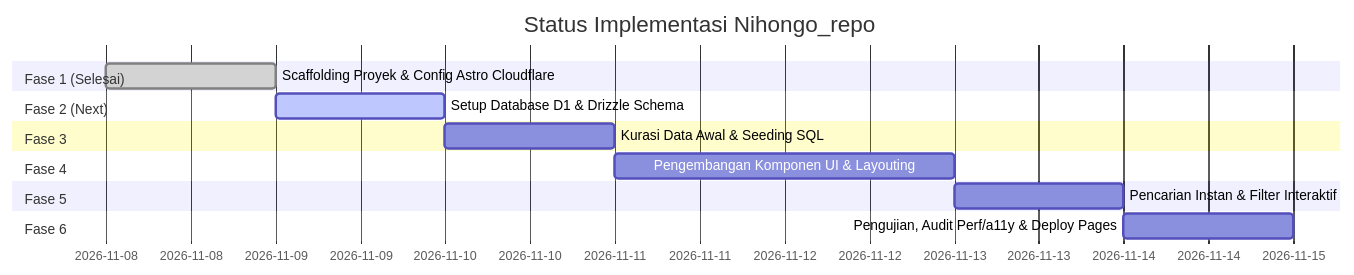
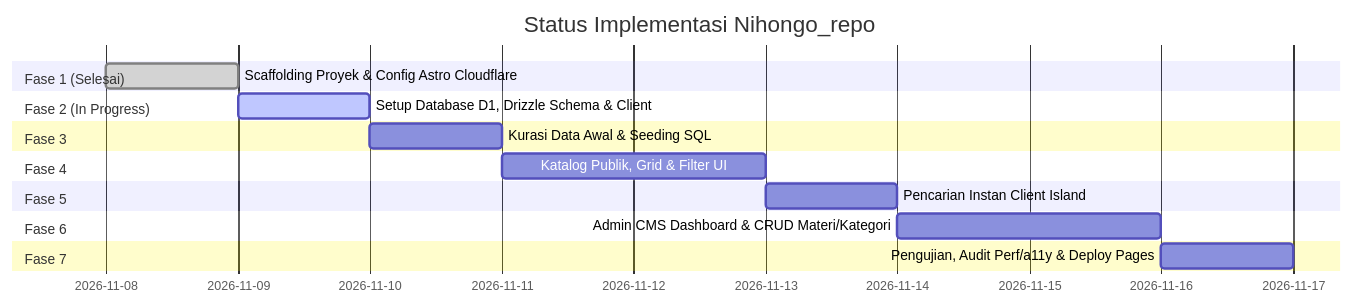
One commit to cirilalacture/Nihongo-Repo changed the diagram in doc/IMPLEMENTATION_PLAN.md. Above: the diagram before and after it, drawn with Mermaid. The commit also changed other lines of this file and 4 other files, not shown here.

Commit message:
docs: expand PRD, architecture, schema, design rules, and plan to include Admin CMS module

````diff
--- a/doc/IMPLEMENTATION_PLAN.md
+++ b/doc/IMPLEMENTATION_PLAN.md
@@ -17,17 +18,19 @@
 ```mermaid
 gantt
     title Status Implementasi Nihongo_repo
     dateFormat  YYYY-MM-DD
     section Fase 1 (Selesai)
     Scaffolding Proyek & Config Astro Cloudflare :done, f1, 2026-11-08, 1d
-    section Fase 2 (Next)
-    Setup Database D1 & Drizzle Schema           :active, f2, 2026-11-09, 1d
+    section Fase 2 (In Progress)
+    Setup Database D1, Drizzle Schema & Client   :active, f2, 2026-11-09, 1d
     section Fase 3
     Kurasi Data Awal & Seeding SQL                :f3, after f2, 1d
     section Fase 4
-    Pengembangan Komponen UI & Layouting         :f4, after f3, 2d
+    Katalog Publik, Grid & Filter UI             :f4, after f3, 2d
     section Fase 5
-    Pencarian Instan & Filter Interaktif         :f5, after f4, 1d
+    Pencarian Instan Client Island               :f5, after f4, 1d
     section Fase 6
-    Pengujian, Audit Perf/a11y & Deploy Pages    :f6, after f5, 1d
+    Admin CMS Dashboard & CRUD Materi/Kategori   :f6, after f5, 2d
+    section Fase 7
+    Pengujian, Audit Perf/a11y & Deploy Pages    :f7, after f6, 1d
 ```
````
